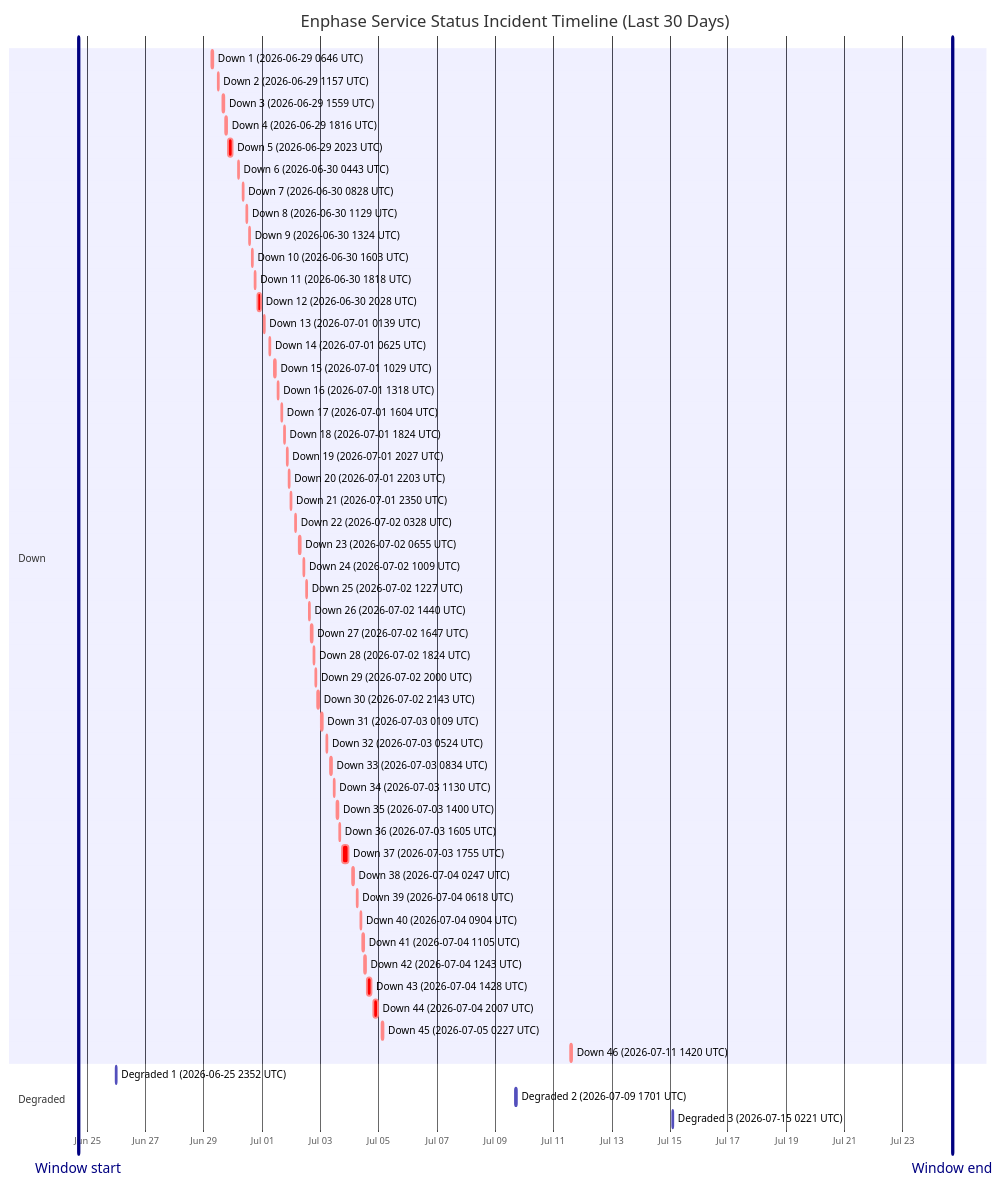
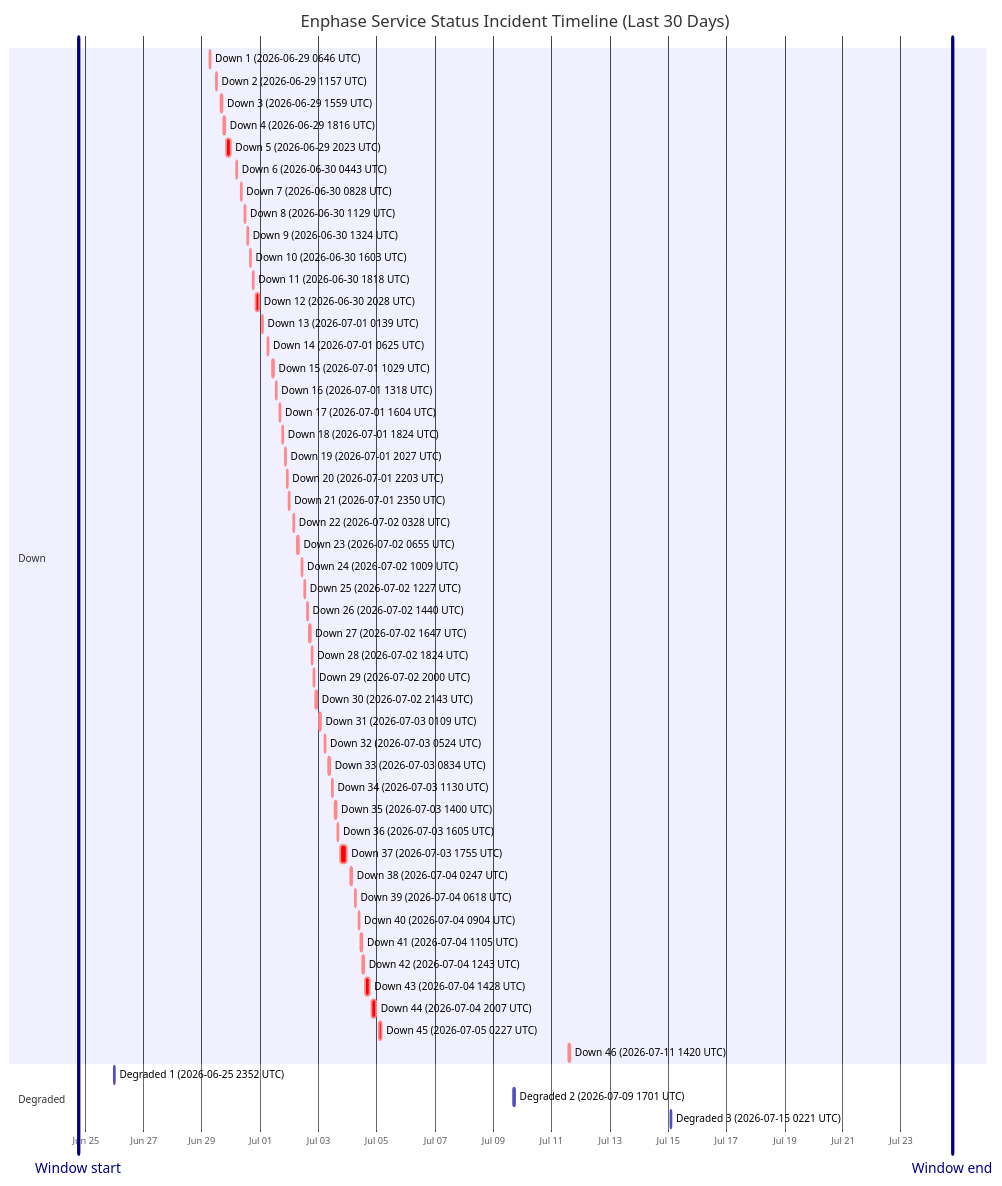
One commit to barneyonline/ha-enphase-energy changed the diagram in wiki/Service-Status-History.md. Above: the diagram before and after it, drawn with Mermaid. The commit also changed other lines of this file and 3 other files, not shown here.

````diff
--- a/wiki/Service-Status-History.md
+++ b/wiki/Service-Status-History.md
@@ -14,59 +14,59 @@
 ```mermaid
 gantt
     title Enphase Service Status Incident Timeline (Last 30 Days)
     dateFormat  YYYY-MM-DDTHH:mm:ss
     axisFormat  %b %d
-    Window start :vert, window-start, 2026-06-24T16:43:43, 0ms
-    Window end :vert, window-end, 2026-07-24T16:43:43, 0ms
+    Window start :vert, window-start, 2026-06-24T18:16:23, 0ms
+    Window end :vert, window-end, 2026-07-24T18:16:23, 0ms
     section Down
     Down 1 (2026-06-29 0646 UTC) :crit, down-1, 2026-06-29T06:46:18, 60m
     Down 2 (2026-06-29 1157 UTC) :crit, down-2, 2026-06-29T11:57:36, 60m
     Down 3 (2026-06-29 1559 UTC) :crit, down-3, 2026-06-29T15:59:02, 60m
     Down 4 (2026-06-29 1816 UTC) :crit, down-4, 2026-06-29T18:16:38, 60m
     Down 5 (2026-06-29 2023 UTC) :crit, down-5, 2026-06-29T20:23:16, 220m
     Down 6 (2026-06-30 0443 UTC) :crit, down-6, 2026-06-30T04:43:54, 60m
     Down 7 (2026-06-30 0828 UTC) :crit, down-7, 2026-06-30T08:28:43, 60m
     Down 8 (2026-06-30 1129 UTC) :crit, down-8, 2026-06-30T11:29:15, 60m
     Down 9 (2026-06-30 1324 UTC) :crit, down-9, 2026-06-30T13:24:25, 60m
     Down 10 (2026-06-30 1603 UTC) :crit, down-10, 2026-06-30T16:03:26, 60m
     Down 11 (2026-06-30 1818 UTC) :crit, down-11, 2026-06-30T18:18:39, 60m
     Down 12 (2026-06-30 2028 UTC) :crit, down-12, 2026-06-30T20:28:54, 171m
     Down 13 (2026-07-01 0139 UTC) :crit, down-13, 2026-07-01T01:39:18, 60m
     Down 14 (2026-07-01 0625 UTC) :crit, down-14, 2026-07-01T06:25:35, 60m
     Down 15 (2026-07-01 1029 UTC) :crit, down-15, 2026-07-01T10:29:24, 60m
     Down 16 (2026-07-01 1318 UTC) :crit, down-16, 2026-07-01T13:18:31, 60m
     Down 17 (2026-07-01 1604 UTC) :crit, down-17, 2026-07-01T16:04:29, 60m
     Down 18 (2026-07-01 1824 UTC) :crit, down-18, 2026-07-01T18:24:21, 60m
     Down 19 (2026-07-01 2027 UTC) :crit, down-19, 2026-07-01T20:27:17, 60m
     Down 20 (2026-07-01 2203 UTC) :crit, down-20, 2026-07-01T22:03:46, 60m
     Down 21 (2026-07-01 2350 UTC) :crit, down-21, 2026-07-01T23:50:52, 60m
     Down 22 (2026-07-02 0328 UTC) :crit, down-22, 2026-07-02T03:28:33, 60m
     Down 23 (2026-07-02 0655 UTC) :crit, down-23, 2026-07-02T06:55:07, 60m
     Down 24 (2026-07-02 1009 UTC) :crit, down-24, 2026-07-02T10:09:15, 60m
     Down 25 (2026-07-02 1227 UTC) :crit, down-25, 2026-07-02T12:27:49, 60m
     Down 26 (2026-07-02 1440 UTC) :crit, down-26, 2026-07-02T14:40:53, 60m
     Down 27 (2026-07-02 1647 UTC) :crit, down-27, 2026-07-02T16:47:47, 60m
     Down 28 (2026-07-02 1824 UTC) :crit, down-28, 2026-07-02T18:24:26, 60m
     Down 29 (2026-07-02 2000 UTC) :crit, down-29, 2026-07-02T20:00:57, 60m
     Down 30 (2026-07-02 2143 UTC) :crit, down-30, 2026-07-02T21:43:52, 80m
     Down 31 (2026-07-03 0109 UTC) :crit, down-31, 2026-07-03T01:09:19, 60m
     Down 32 (2026-07-03 0524 UTC) :crit, down-32, 2026-07-03T05:24:23, 60m
     Down 33 (2026-07-03 0834 UTC) :crit, down-33, 2026-07-03T08:34:05, 60m
     Down 34 (2026-07-03 1130 UTC) :crit, down-34, 2026-07-03T11:30:41, 60m
     Down 35 (2026-07-03 1400 UTC) :crit, down-35, 2026-07-03T14:00:48, 60m
     Down 36 (2026-07-03 1605 UTC) :crit, down-36, 2026-07-03T16:05:49, 60m
     Down 37 (2026-07-03 1755 UTC) :crit, down-37, 2026-07-03T17:55:54, 338m
     Down 38 (2026-07-04 0247 UTC) :crit, down-38, 2026-07-04T02:47:22, 60m
     Down 39 (2026-07-04 0618 UTC) :crit, down-39, 2026-07-04T06:18:09, 60m
     Down 40 (2026-07-04 0904 UTC) :crit, down-40, 2026-07-04T09:04:41, 60m
     Down 41 (2026-07-04 1105 UTC) :crit, down-41, 2026-07-04T11:05:21, 60m
     Down 42 (2026-07-04 1243 UTC) :crit, down-42, 2026-07-04T12:43:25, 60m
     Down 43 (2026-07-04 1428 UTC) :crit, down-43, 2026-07-04T14:28:07, 243m
     Down 44 (2026-07-04 2007 UTC) :crit, down-44, 2026-07-04T20:07:50, 206m
     Down 45 (2026-07-05 0227 UTC) :crit, down-45, 2026-07-05T02:27:32, 109m
     Down 46 (2026-07-11 1420 UTC) :crit, down-46, 2026-07-11T14:20:54, 69m
     section Degraded
     Degraded 1 (2026-06-25 2352 UTC) :active, degraded-1, 2026-06-25T23:52:01, 60m
     Degraded 2 (2026-07-09 1701 UTC) :active, degraded-2, 2026-07-09T17:01:02, 60m
     Degraded 3 (2026-07-15 0221 UTC) :active, degraded-3, 2026-07-15T02:21:35, 60m
 ```
````
